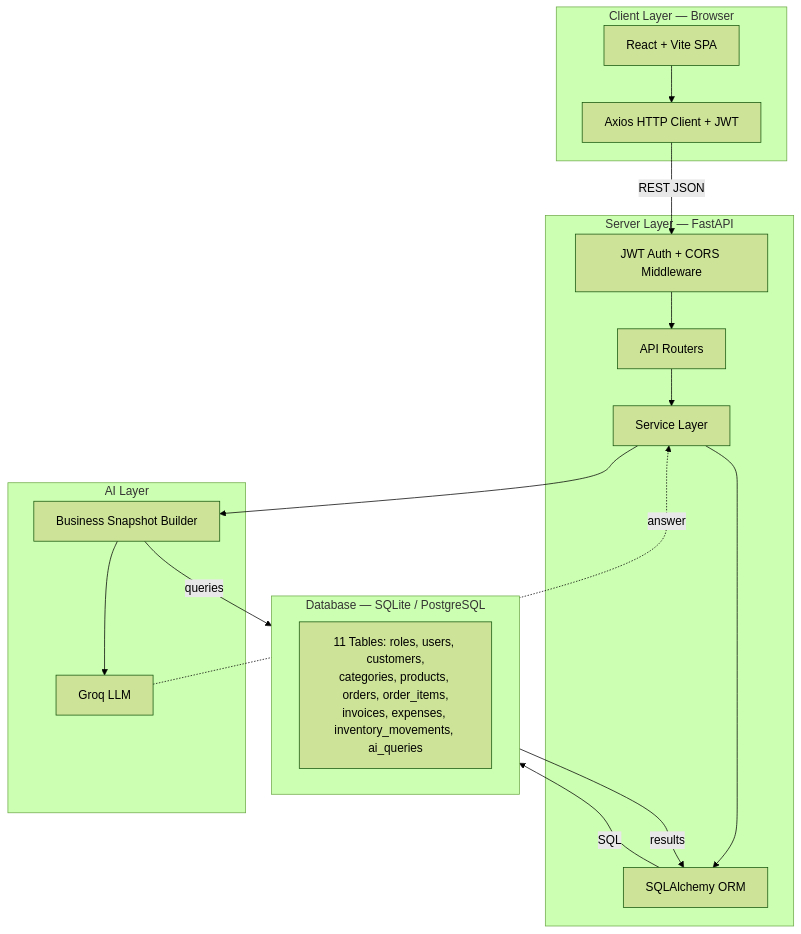
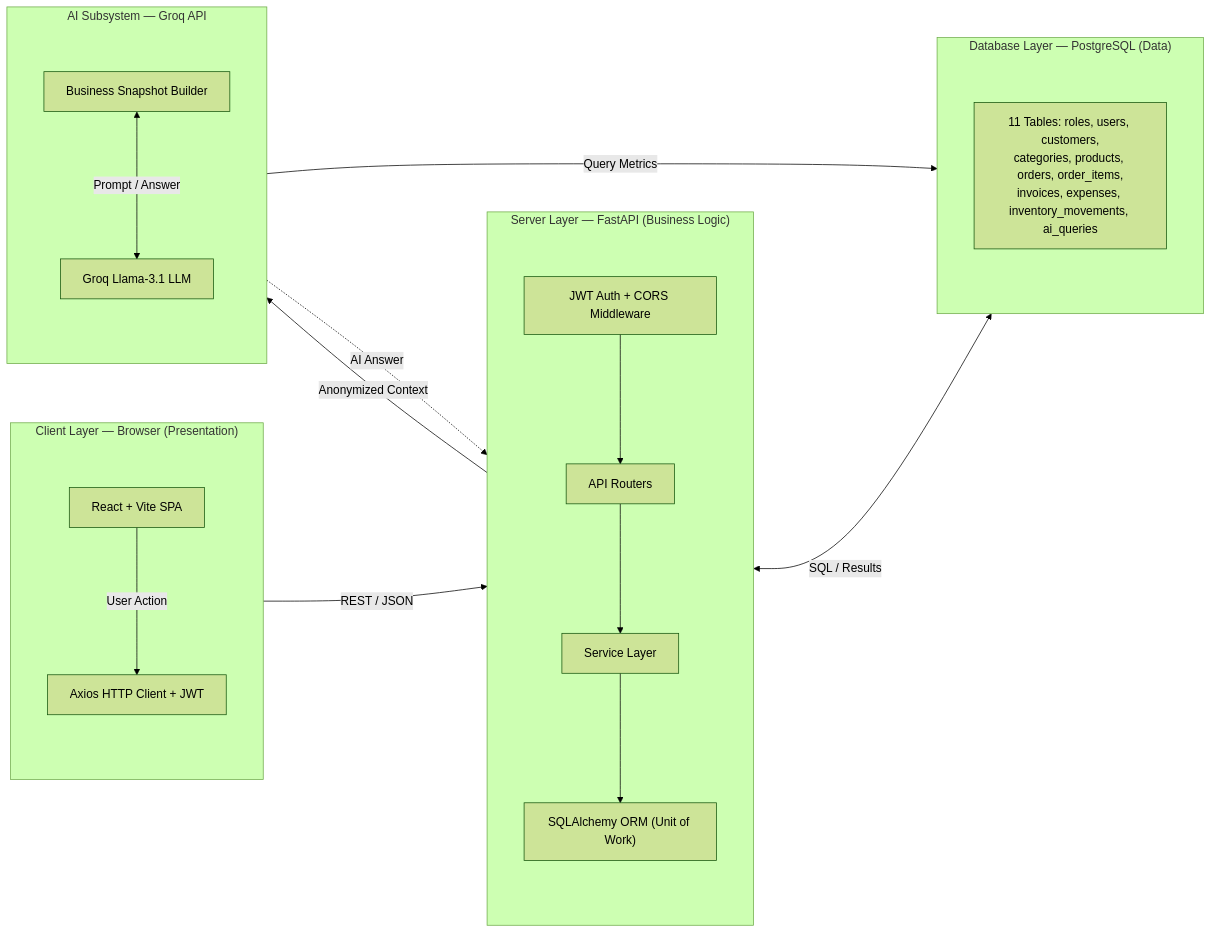
One commit to hyperS777/BizAI changed the diagram in docs/design-diagrams/01-system-architecture.mmd. Above: the diagram before and after it, drawn with Mermaid (forest theme). The commit also changed 31 other files, not shown here.

Commit message:
docs: add system design diagrams and Visio rebuild guides

```diff
--- a/docs/design-diagrams/01-system-architecture.mmd
+++ b/docs/design-diagrams/01-system-architecture.mmd
@@ -1,30 +1,37 @@
-flowchart TD
-    subgraph CLIENT["Client Layer — Browser"]
+%%{init: {'flowchart': {'nodeSpacing': 80, 'rankSpacing': 150}}}%%
+flowchart LR
+    subgraph CLIENT["Client Layer — Browser (Presentation)"]
+        direction TB
         UI["React + Vite SPA"]
         AXIOS["Axios HTTP Client + JWT"]
     end
 
-    subgraph SERVER["Server Layer — FastAPI"]
+    subgraph SERVER["Server Layer — FastAPI (Business Logic)"]
+        direction TB
         MW["JWT Auth + CORS Middleware"]
         ROUTER["API Routers"]
         SVC["Service Layer"]
-        ORM["SQLAlchemy ORM"]
+        ORM["SQLAlchemy ORM (Unit of Work)"]
     end
 
-    subgraph AI["AI Layer"]
-        SNAP["Business Snapshot Builder"]
-        LLM["Groq LLM"]
-    end
-
-    subgraph DB["Database — SQLite / PostgreSQL"]
+    subgraph DB["Database Layer — PostgreSQL (Data)"]
+        direction TB
         TABLES["11 Tables: roles, users, customers,\ncategories, products, orders, order_items,\ninvoices, expenses, inventory_movements, ai_queries"]
     end
 
-    UI --> AXIOS
-    AXIOS -->|"REST JSON"| MW
-    MW --> ROUTER --> SVC --> ORM
-    ORM -->|"SQL"| DB
-    DB -->|"results"| ORM
-    SVC --> SNAP --> LLM
-    LLM -.->|"answer"| SVC
-    SNAP -->|"queries"| DB
+    subgraph AI["AI Subsystem — Groq API"]
+        direction TB
+        SNAP["Business Snapshot Builder"]
+        LLM["Groq Llama-3.1 LLM"]
+    end
+
+    UI -->|"User Action"| AXIOS
+    AXIOS -->|"REST / JSON"| MW
+    MW --> ROUTER
+    ROUTER --> SVC
+    SVC --> ORM
+    ORM <-->|"SQL / Results"| DB
+    SVC -->|"Anonymized Context"| SNAP
+    SNAP <-->|"Prompt / Answer"| LLM
+    SNAP -->|"Query Metrics"| DB
+    LLM -.->|"AI Answer"| SVC
```
